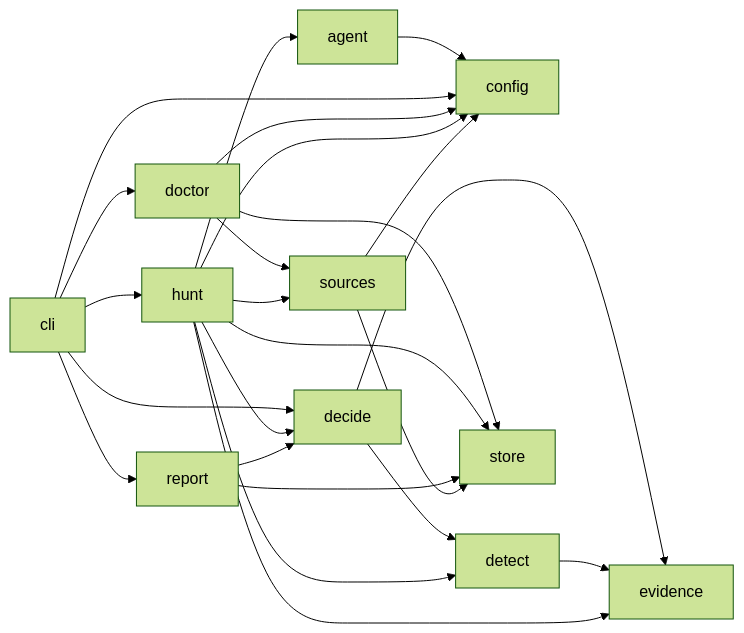
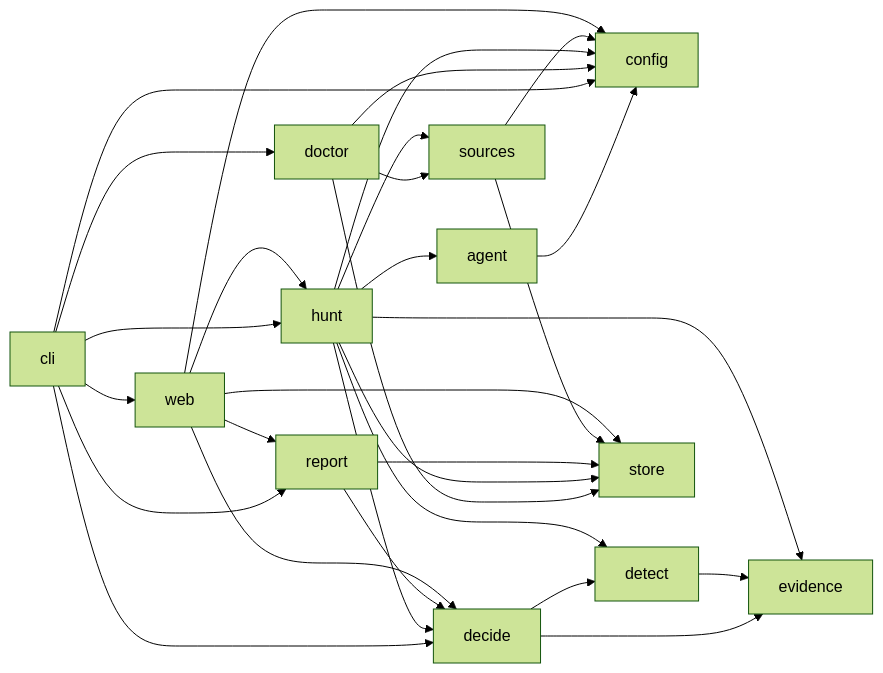
One commit to nickthabib-cloud/ROMULUS changed the diagram in docs/architecture/MODULE_MAP.md. Above: the diagram before and after it, drawn with Mermaid (forest theme). The commit also changed other lines of this file and 15 other files, not shown here.

Commit message:
M1: web UI (login, hunts, live stream, finding detail with raw evidence, triage, reports) with CSP/CSRF/rate limiting; user and web CLI commands

````diff
--- a/docs/architecture/MODULE_MAP.md
+++ b/docs/architecture/MODULE_MAP.md
@@ -49,26 +52,32 @@
 ```mermaid
 graph LR
   agent --> config
   cli --> config
   cli --> decide
   cli --> doctor
   cli --> hunt
   cli --> report
+  cli --> web
   decide --> detect
   decide --> evidence
   detect --> evidence
   doctor --> config
   doctor --> sources
   doctor --> store
   hunt --> agent
   hunt --> config
   hunt --> decide
   hunt --> detect
   hunt --> evidence
   hunt --> sources
   hunt --> store
   report --> decide
   report --> store
   sources --> config
   sources --> store
+  web --> config
+  web --> decide
+  web --> hunt
+  web --> report
+  web --> store
 ```
````
